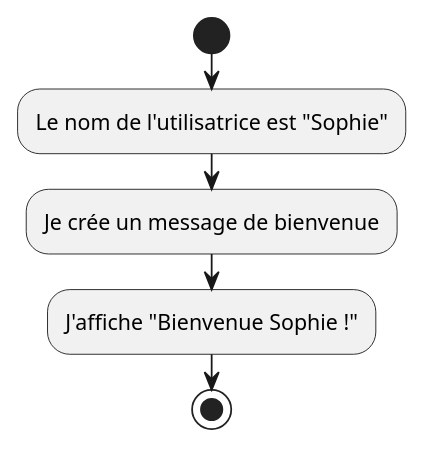
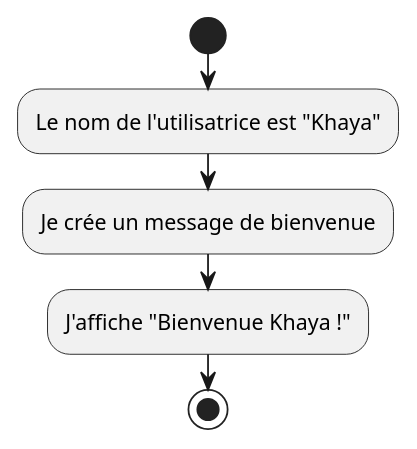
Before and after one commit to HEIG-VD-Prog-Course/HEIG-VD-ProgIM-Course: the seventh of 36 diagrams in 04.02-variables-constantes/01-supports-de-cours/README.md, drawn with PlantUML. The commit also changed other lines of this file and 43 other files, not shown here.

````diff
--- a/04.02-variables-constantes/01-supports-de-cours/README.md
+++ b/04.02-variables-constantes/01-supports-de-cours/README.md
@@ -520,9 +520,9 @@
 ```plantuml
 @startuml
 start
-:Le nom de l'utilisatrice est "Sophie";
+:Le nom de l'utilisatrice est "Khaya";
 :Je crée un message de bienvenue;
-:J'affiche "Bienvenue Sophie !";
+:J'affiche "Bienvenue Khaya !";
 stop
 @enduml
 ```
````
